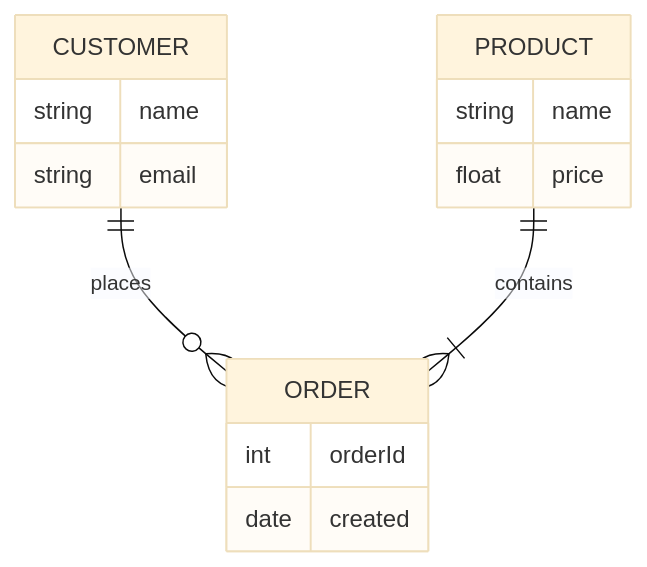
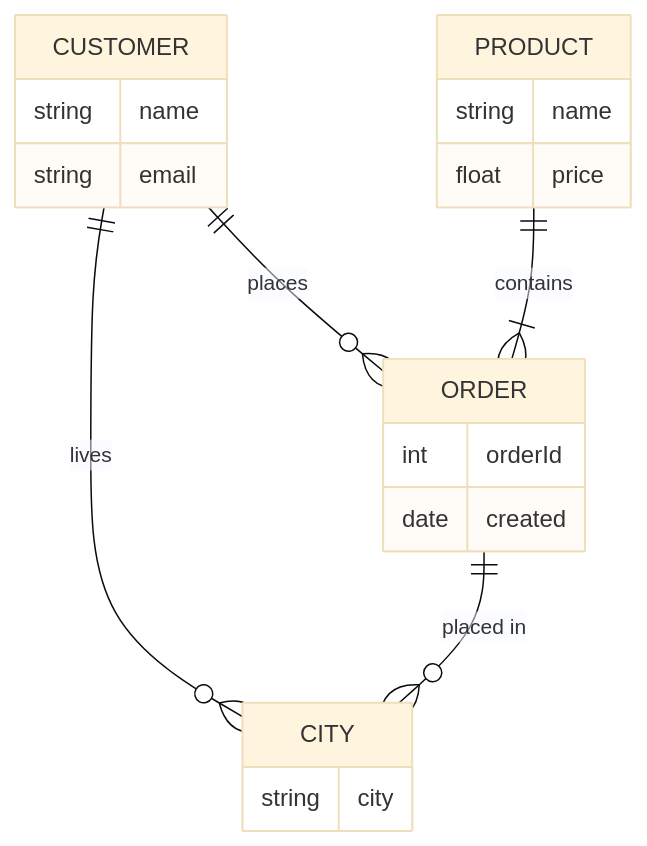
Before and after one commit to grovemountain/mermaid-er-visualizer: the diagram in diagrams/database.mmd, drawn with Mermaid (base theme). The commit also changed 7 other files, not shown here.

```diff
--- a/diagrams/database.mmd
+++ b/diagrams/database.mmd
@@ -1,15 +1,20 @@
 erDiagram
     CUSTOMER ||--o{ ORDER : places
     CUSTOMER {
         string name
         string email
     }
     ORDER {
         int orderId
         date created
     }
     PRODUCT ||--|{ ORDER : contains
     PRODUCT {
         string name
         float price
     }
+    CUSTOMER ||--o{ CITY : lives
+    CITY {
+        string city
+    }
+    ORDER ||--o{ CITY : "placed in"
```
